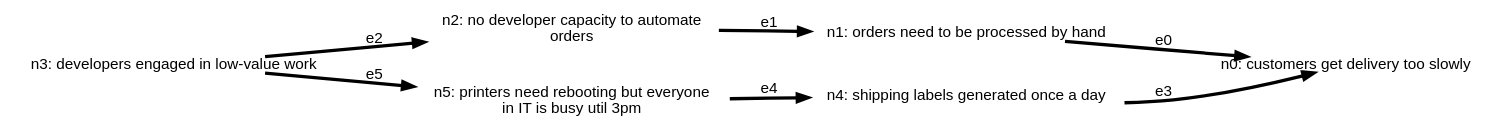
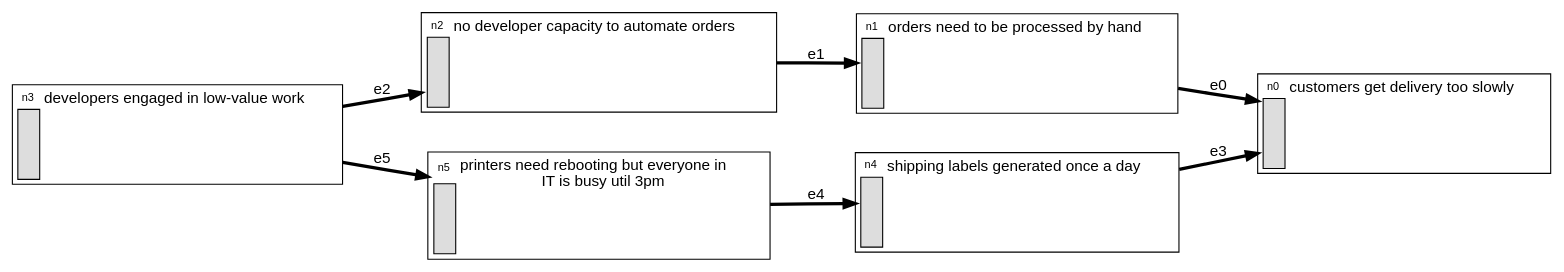
Before and after one commit to stevecooperorg/microdot: the diagram in examples/business_example_1.dot, drawn with Graphviz. The commit also changed 19 other files, not shown here.

```diff
--- a/examples/business_example_1.dot
+++ b/examples/business_example_1.dot
@@ -1,21 +1,129 @@
 digraph {
 
     graph [fontname = "helvetica" rankdir="LR" ranksep=0.75 nodesep=0.5];
     node [fontname = "helvetica" shape = "plain"];
     edge [fontname = "helvetica" penwidth=3 color="#000000"];
 
-    n0 [label="n0: customers get delivery too slowly"  ]
-    n1 [label="n1: orders need to be processed by hand"  ]
-    n2 [label="n2: no developer capacity to automate\norders"  ]
-    n3 [label="n3: developers engaged in low-value work"  ]
-    n4 [label="n4: shipping labels generated once a day"  ]
-    n5 [label="n5: printers need rebooting but everyone\nin IT is busy util 3pm"  ]
+    n0 [label=< <TABLE BORDER="1" CELLPADDING="0"  CELLBORDER="0" CELLSPACING="4">
+    <TR >
+        <TD width="20"><FONT POINT-SIZE="10">n0</FONT></TD>
+        <TD WIDTH="200" ROWSPAN="2" ALIGN="left" VALIGN="top">customers get delivery too slowly</TD>
+    </TR>
+    <TR>
+        <TD HEIGHT="60" BGCOLOR="#dddddd" ROWSPAN="2" BORDER="1"></TD>
+    </TR>
+    <TR>
+        <TD HEIGHT="20">
+            <TABLE BORDER="0" CELLSPACING="0" CELLPADDING="0">
+                <TR>
+                    
+                    <TD></TD>
+                </TR>
+            </TABLE>
+        </TD>
+    </TR>
+</TABLE> >]
+    n1 [label=< <TABLE BORDER="1" CELLPADDING="0"  CELLBORDER="0" CELLSPACING="4">
+    <TR >
+        <TD width="20"><FONT POINT-SIZE="10">n1</FONT></TD>
+        <TD WIDTH="200" ROWSPAN="2" ALIGN="left" VALIGN="top">orders need to be processed by hand</TD>
+    </TR>
+    <TR>
+        <TD HEIGHT="60" BGCOLOR="#dddddd" ROWSPAN="2" BORDER="1"></TD>
+    </TR>
+    <TR>
+        <TD HEIGHT="20">
+            <TABLE BORDER="0" CELLSPACING="0" CELLPADDING="0">
+                <TR>
+                    
+                    <TD></TD>
+                </TR>
+            </TABLE>
+        </TD>
+    </TR>
+</TABLE> >]
+    n2 [label=< <TABLE BORDER="1" CELLPADDING="0"  CELLBORDER="0" CELLSPACING="4">
+    <TR >
+        <TD width="20"><FONT POINT-SIZE="10">n2</FONT></TD>
+        <TD WIDTH="200" ROWSPAN="2" ALIGN="left" VALIGN="top">no developer capacity to automate orders</TD>
+    </TR>
+    <TR>
+        <TD HEIGHT="60" BGCOLOR="#dddddd" ROWSPAN="2" BORDER="1"></TD>
+    </TR>
+    <TR>
+        <TD HEIGHT="20">
+            <TABLE BORDER="0" CELLSPACING="0" CELLPADDING="0">
+                <TR>
+                    
+                    <TD></TD>
+                </TR>
+            </TABLE>
+        </TD>
+    </TR>
+</TABLE> >]
+    n3 [label=< <TABLE BORDER="1" CELLPADDING="0"  CELLBORDER="0" CELLSPACING="4">
+    <TR >
+        <TD width="20"><FONT POINT-SIZE="10">n3</FONT></TD>
+        <TD WIDTH="200" ROWSPAN="2" ALIGN="left" VALIGN="top">developers engaged in low-value work</TD>
+    </TR>
+    <TR>
+        <TD HEIGHT="60" BGCOLOR="#dddddd" ROWSPAN="2" BORDER="1"></TD>
+    </TR>
+    <TR>
+        <TD HEIGHT="20">
+            <TABLE BORDER="0" CELLSPACING="0" CELLPADDING="0">
+                <TR>
+                    
+                    <TD></TD>
+                </TR>
+            </TABLE>
+        </TD>
+    </TR>
+</TABLE> >]
+    n4 [label=< <TABLE BORDER="1" CELLPADDING="0"  CELLBORDER="0" CELLSPACING="4">
+    <TR >
+        <TD width="20"><FONT POINT-SIZE="10">n4</FONT></TD>
+        <TD WIDTH="200" ROWSPAN="2" ALIGN="left" VALIGN="top">shipping labels generated once a day</TD>
+    </TR>
+    <TR>
+        <TD HEIGHT="60" BGCOLOR="#dddddd" ROWSPAN="2" BORDER="1"></TD>
+    </TR>
+    <TR>
+        <TD HEIGHT="20">
+            <TABLE BORDER="0" CELLSPACING="0" CELLPADDING="0">
+                <TR>
+                    
+                    <TD></TD>
+                </TR>
+            </TABLE>
+        </TD>
+    </TR>
+</TABLE> >]
+    n5 [label=< <TABLE BORDER="1" CELLPADDING="0"  CELLBORDER="0" CELLSPACING="4">
+    <TR >
+        <TD width="20"><FONT POINT-SIZE="10">n5</FONT></TD>
+        <TD WIDTH="200" ROWSPAN="2" ALIGN="left" VALIGN="top">printers need rebooting but everyone in<br/>IT is busy util 3pm</TD>
+    </TR>
+    <TR>
+        <TD HEIGHT="60" BGCOLOR="#dddddd" ROWSPAN="2" BORDER="1"></TD>
+    </TR>
+    <TR>
+        <TD HEIGHT="20">
+            <TABLE BORDER="0" CELLSPACING="0" CELLPADDING="0">
+                <TR>
+                    
+                    <TD></TD>
+                </TR>
+            </TABLE>
+        </TD>
+    </TR>
+</TABLE> >]
 
     "n1" -> "n0" [label="e0"];
     "n2" -> "n1" [label="e1"];
     "n3" -> "n2" [label="e2"];
     "n4" -> "n0" [label="e3"];
     "n5" -> "n4" [label="e4"];
     "n3" -> "n5" [label="e5"];
 
 }
```
